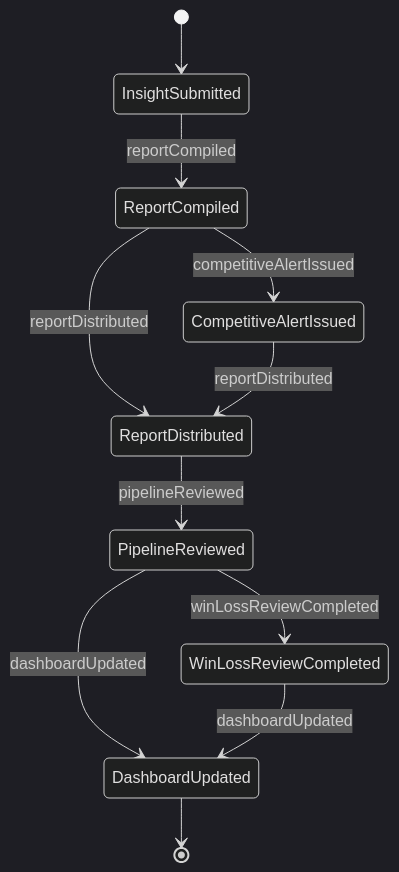
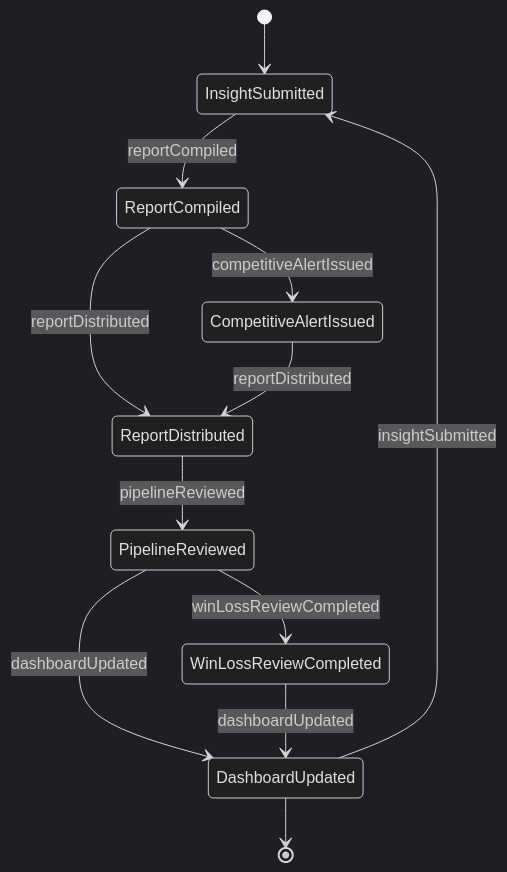
One commit to dot-org-ai/tasks.org.ai changed the second of 4 diagrams in CommunicatingWithSupervisorsPeersOrSubordinates/CommunicateWithOthersAboutBusinessStrategies/ShareSales-relatedMarketInformationColleagues.mdx. Above: the diagram before and after it, drawn with Mermaid (dark theme). The commit also changed 515 other files, not shown here.

````diff
--- a/CommunicatingWithSupervisorsPeersOrSubordinates/CommunicateWithOthersAboutBusinessStrategies/ShareSales-relatedMarketInformationColleagues.mdx
+++ b/CommunicatingWithSupervisorsPeersOrSubordinates/CommunicateWithOthersAboutBusinessStrategies/ShareSales-relatedMarketInformationColleagues.mdx
@@ -96,13 +96,14 @@
 ```mermaid
 stateDiagram-v2
     [*] --> InsightSubmitted
     InsightSubmitted --> ReportCompiled : reportCompiled
     ReportCompiled --> CompetitiveAlertIssued : competitiveAlertIssued
     ReportCompiled --> ReportDistributed : reportDistributed
     CompetitiveAlertIssued --> ReportDistributed : reportDistributed
     ReportDistributed --> PipelineReviewed : pipelineReviewed
     PipelineReviewed --> WinLossReviewCompleted : winLossReviewCompleted
     PipelineReviewed --> DashboardUpdated : dashboardUpdated
     WinLossReviewCompleted --> DashboardUpdated : dashboardUpdated
+    DashboardUpdated --> InsightSubmitted : insightSubmitted
     DashboardUpdated --> [*]
 ```
````
